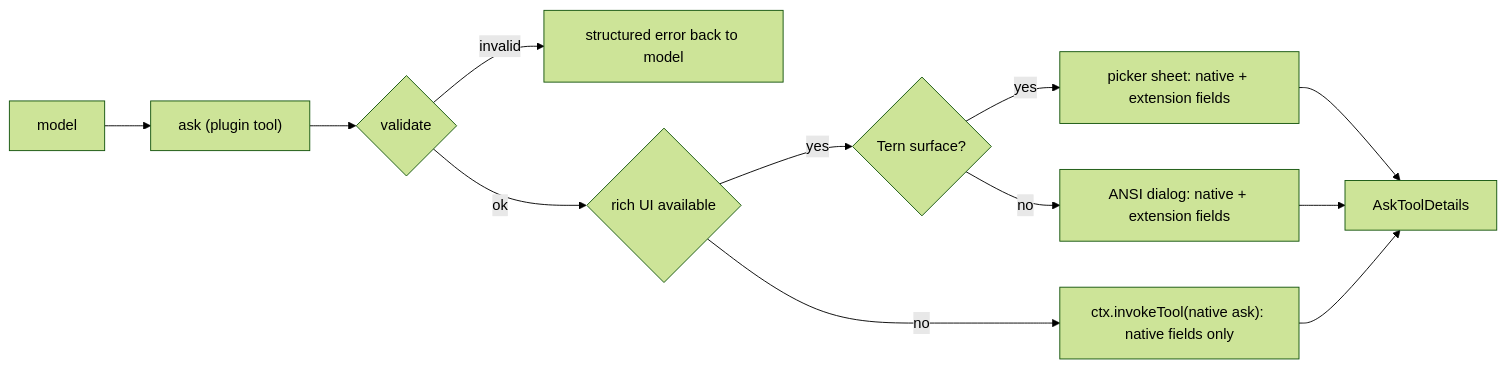
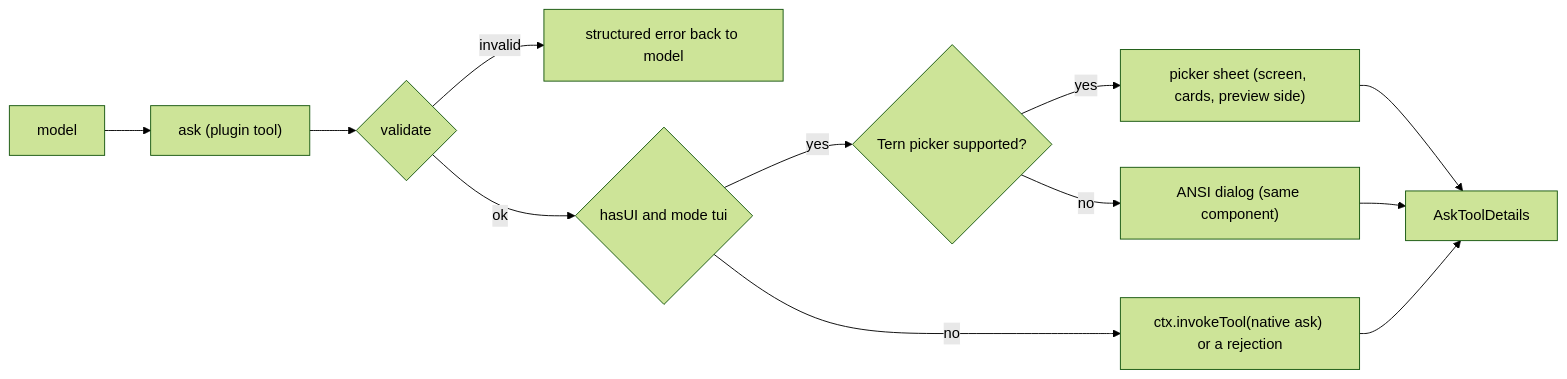
One commit to oh-my-omp/omp-ask-more changed the diagram in README.md. Above: the diagram before and after it, drawn with Mermaid (forest theme). The commit also changed other lines of this file and 14 other files, not shown here.

First line of the commit message:
implement ask-more: extended ask parameters, ANSI and Tern surfaces

````diff
--- a/README.md
+++ b/README.md
@@ -91,14 +96,14 @@
 ```mermaid
 flowchart LR
   m[model] --> t["ask (plugin tool)"]
   t --> v{validate}
   v -- invalid --> e[structured error back to model]
-  v -- ok --> u{"rich UI available"}
-  u -- "no" --> n["ctx.invokeTool(native ask): native fields only"]
-  u -- "yes" --> s{"Tern surface?"}
-  s -- "yes" --> p["picker sheet: native + extension fields"]
-  s -- "no" --> c["ANSI dialog: native + extension fields"]
+  v -- ok --> u{"hasUI and mode tui"}
+  u -- "no" --> n["ctx.invokeTool(native ask) or a rejection"]
+  u -- "yes" --> s{"Tern picker supported?"}
+  s -- "yes" --> p["picker sheet (screen, cards, preview side)"]
+  s -- "no" --> c["ANSI dialog (same component)"]
   p --> a[AskToolDetails]
   c --> a
   n --> a
 ```
````
